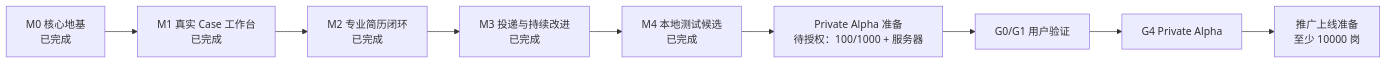
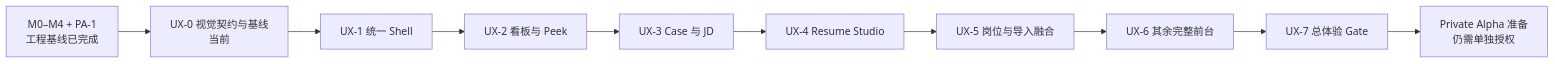
Before and after one commit to CodeVoyager21932/Aijob: the diagram in docs/06-mvp-roadmap.md, drawn with Mermaid. The commit also changed other lines of this file and 24 other files, not shown here.

```diff
--- a/docs/06-mvp-roadmap.md
+++ b/docs/06-mvp-roadmap.md
@@ -42,11 +36,12 @@
 ~~~mermaid
 flowchart LR
-    M0["M0 核心地基<br/>已完成"] --> M1["M1 真实 Case 工作台<br/>已完成"]
-    M1 --> M2["M2 专业简历闭环<br/>已完成"]
-    M2 --> M3["M3 投递与持续改进<br/>已完成"]
-    M3 --> M4["M4 本地测试候选<br/>已完成"]
-    M4 --> A["Private Alpha 准备<br/>待授权：100/1000 + 服务器"]
-    A --> V["G0/G1 用户验证"]
-    V --> G4["G4 Private Alpha"]
-    G4 --> L["推广上线准备<br/>至少 10000 岗"]
+    B["M0–M4 + PA-1<br/>工程基线已完成"] --> U0["UX-0 视觉契约与基线<br/>当前"]
+    U0 --> U1["UX-1 统一 Shell"]
+    U1 --> U2["UX-2 看板与 Peek"]
+    U2 --> U3["UX-3 Case 与 JD"]
+    U3 --> U4["UX-4 Resume Studio"]
+    U4 --> U5["UX-5 岗位与导入融合"]
+    U5 --> U6["UX-6 其余完整前台"]
+    U6 --> U7["UX-7 总体验 Gate"]
+    U7 --> P["Private Alpha 准备<br/>仍需单独授权"]
 ~~~
```
